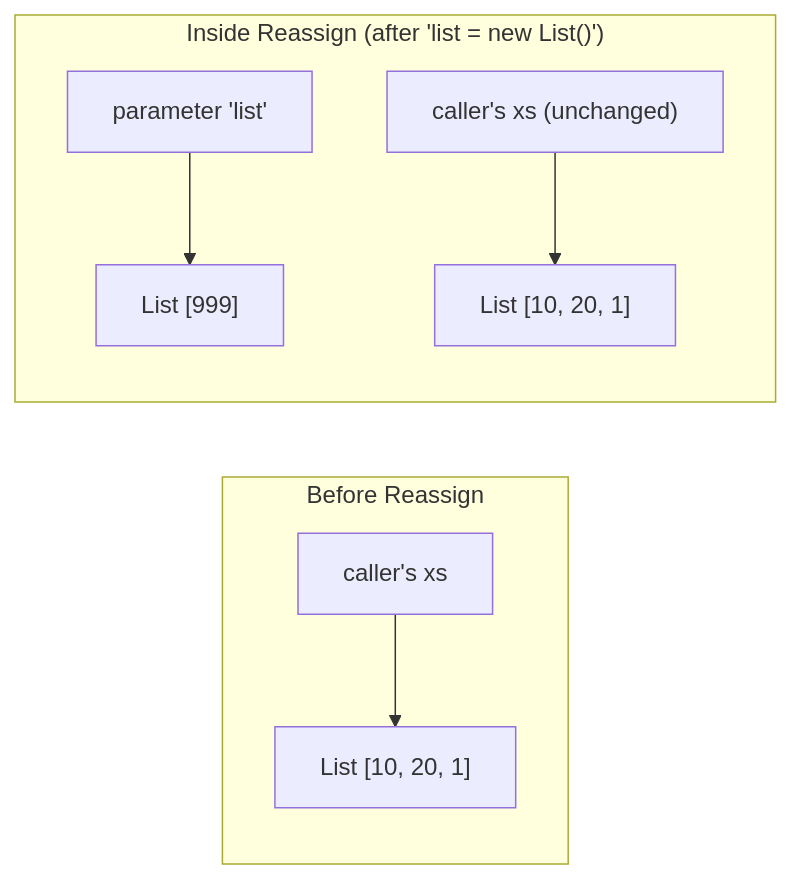
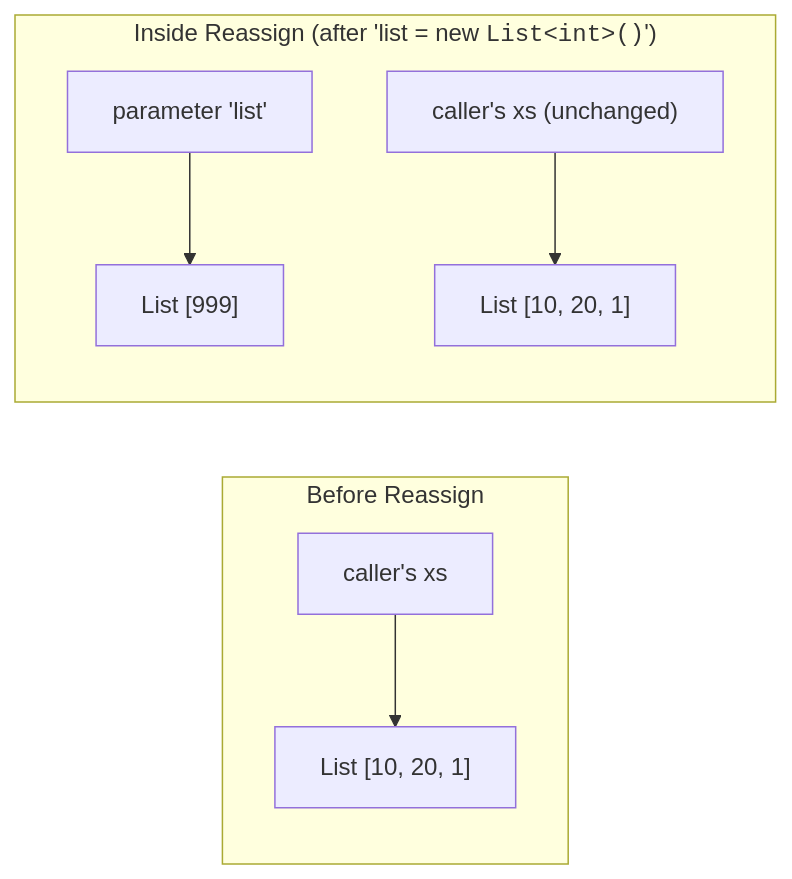
The fourth of 4 diagrams in content/learn/intro-modern-csharp/type-system.mdx (dataslope/dataslope), drawn with Mermaid before and after one commit. The commit also changed other lines of this file and 218 other files, not shown here.

First line of the commit message:
Render code-only mermaid shapes in monospace; convert step sequences to Steps (#467)

````diff
--- a/content/learn/intro-modern-csharp/type-system.mdx
+++ b/content/learn/intro-modern-csharp/type-system.mdx
@@ -296,10 +296,10 @@
 ```mermaid
 flowchart LR
     subgraph Before["Before Reassign"]
         Cx["caller's xs"] --> L1["List [10, 20, 1]"]
     end
-    subgraph Inside["Inside Reassign (after 'list = new List<int>()')"]
+    subgraph Inside["Inside Reassign (after 'list = new <code>List&lt;int&gt;()</code>')"]
         Px["parameter 'list'"] --> L2["List [999]"]
         Cx2["caller's xs (unchanged)"] --> L1b["List [10, 20, 1]"]
     end
 ```
````
